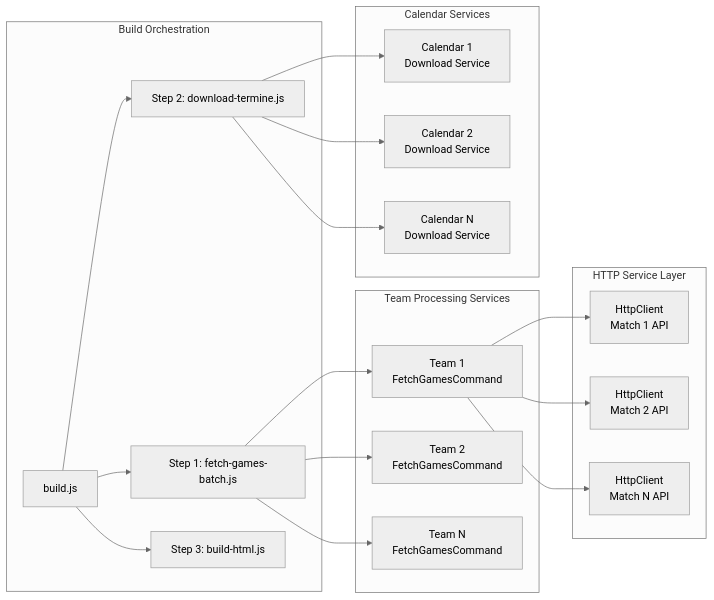
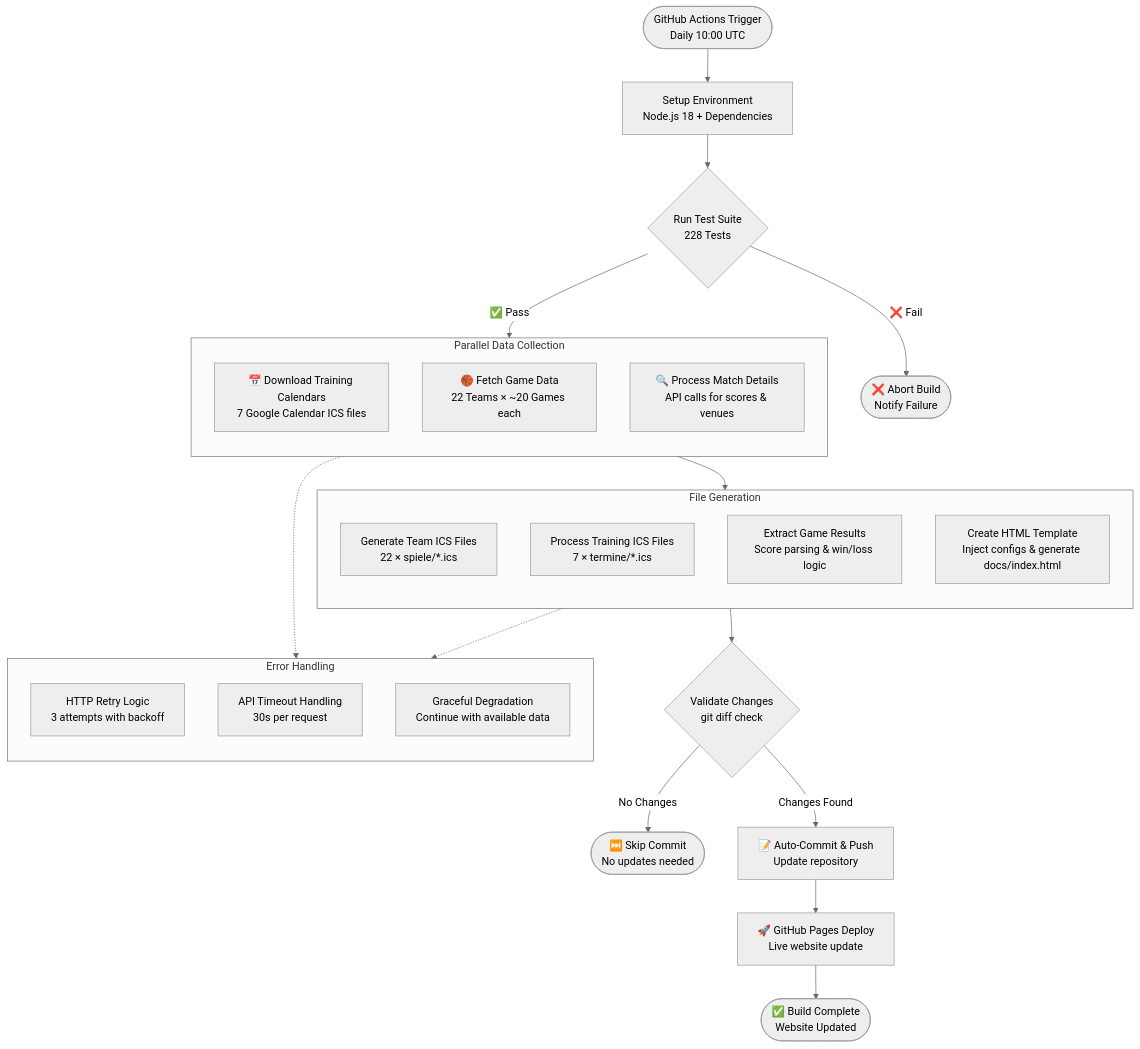
The third of 3 diagrams in README.md (pkcpkc/bc-lions-moabit), drawn with Mermaid (neutral theme) before and after one commit. The commit also changed other lines of this file and 67 other files, not shown here.

Commit message:
refactoring a lot and game results and tests

````diff
--- a/README.md
+++ b/README.md
@@ -340,26 +107,42 @@
 ```mermaid
-graph LR
-    subgraph "Build Orchestration"
-        A[build.js] --> B[Step 1: fetch-games-batch.js]
-        A --> C[Step 2: download-termine.js] 
-        A --> D[Step 3: build-html.js]
+flowchart TD
+    START([GitHub Actions Trigger<br/>Daily 10:00 UTC]) --> SETUP[Setup Environment<br/>Node.js 18 + Dependencies]
+    
+    SETUP --> TESTS{Run Test Suite<br/>228 Tests}
+    TESTS -->|❌ Fail| ABORT([❌ Abort Build<br/>Notify Failure])
+    TESTS -->|✅ Pass| PARALLEL[Parallel Processing Phase]
+    
+    subgraph PARALLEL [Parallel Data Collection]
+        direction TB
+        P1[📅 Download Training Calendars<br/>7 Google Calendar ICS files]
+        P2[🏀 Fetch Game Data<br/>22 Teams × ~20 Games each]
+        P3[🔍 Process Match Details<br/>API calls for scores & venues]
     end
     
-    subgraph "Team Processing Services"
-        B --> E[Team 1<br/>FetchGamesCommand]
-        B --> F[Team 2<br/>FetchGamesCommand] 
-        B --> G[Team N<br/>FetchGamesCommand]
+    PARALLEL --> PROCESS[Data Processing & Generation]
+    
+    subgraph PROCESS [File Generation]
+        direction TB
+        GEN1[Generate Team ICS Files<br/>22 × spiele/*.ics]
+        GEN2[Process Training ICS Files<br/>7 × termine/*.ics] 
+        GEN3[Extract Game Results<br/>Score parsing & win/loss logic]
+        GEN4[Create HTML Template<br/>Inject configs & generate docs/index.html]
     end
     
-    subgraph "HTTP Service Layer"
-        E --> H[HttpClient<br/>Match 1 API]
-        E --> I[HttpClient<br/>Match 2 API]
-        E --> J[HttpClient<br/>Match N API]
+    PROCESS --> VALIDATE{Validate Changes<br/>git diff check}
+    VALIDATE -->|No Changes| SKIP([⏭️ Skip Commit<br/>No updates needed])
+    VALIDATE -->|Changes Found| COMMIT[📝 Auto-Commit & Push<br/>Update repository]
+    
+    COMMIT --> DEPLOY[🚀 GitHub Pages Deploy<br/>Live website update]
+    DEPLOY --> SUCCESS([✅ Build Complete<br/>Website Updated])
+    
+    subgraph ERROR_HANDLING [Error Handling]
+        direction TB
+        ERR1[HTTP Retry Logic<br/>3 attempts with backoff]
+        ERR2[API Timeout Handling<br/>30s per request]
+        ERR3[Graceful Degradation<br/>Continue with available data]
     end
     
-    subgraph "Calendar Services"
-        C --> K[Calendar 1<br/>Download Service]
-        C --> L[Calendar 2<br/>Download Service]
-        C --> M[Calendar N<br/>Download Service]
-    end
+    PARALLEL -.-> ERROR_HANDLING
+    PROCESS -.-> ERROR_HANDLING
 ```
````
